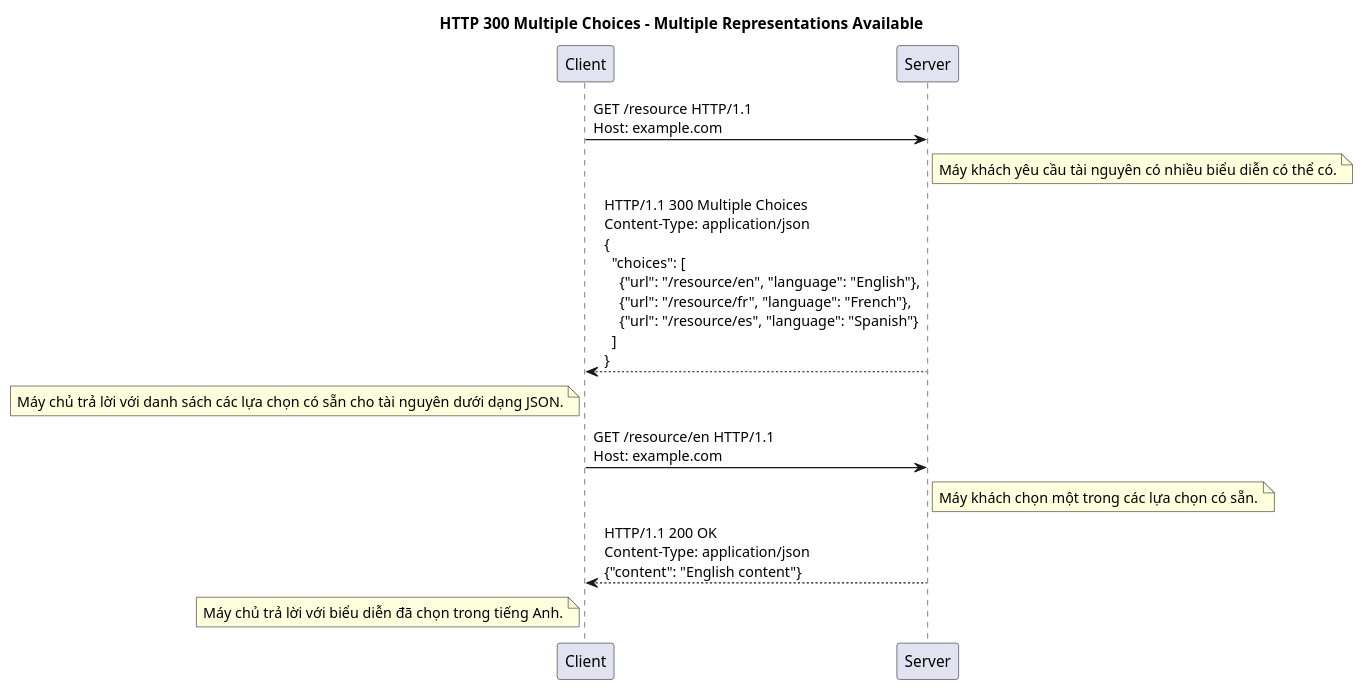
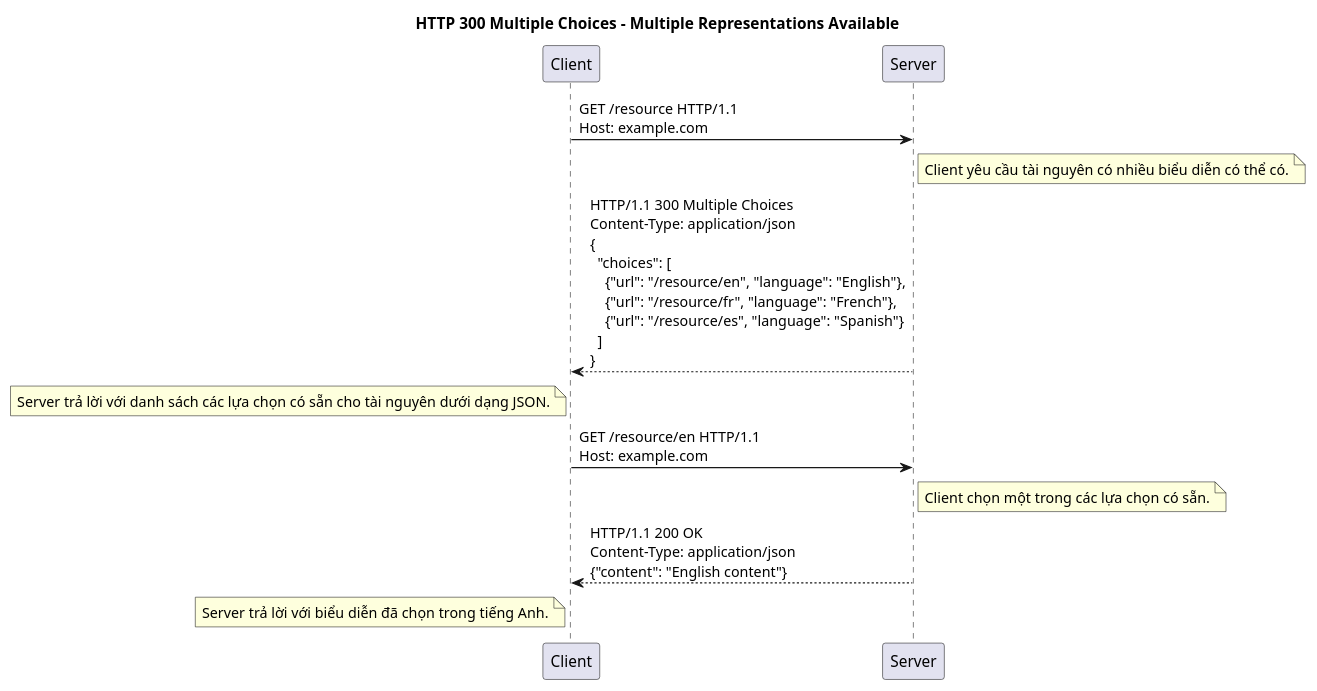
Before and after one commit to thanhlv-com/thanhlv-blog: diagram 11 of 27 in packages/apps/src/blog/2024-12-05-y-nghia-cua-cac-http-status-code.md, drawn with PlantUML. The commit also changed other lines of this file, not shown here.

````diff
--- a/packages/apps/src/blog/2024-12-05-y-nghia-cua-cac-http-status-code.md
+++ b/packages/apps/src/blog/2024-12-05-y-nghia-cua-cac-http-status-code.md
@@ -406,21 +406,21 @@
 ```plantuml
 @startuml
 
 title HTTP 300 Multiple Choices - Multiple Representations Available
 
 participant "Client" as C
 participant "Server" as S
 
 C -> S: GET /resource HTTP/1.1\nHost: example.com
-note right of S: Máy khách yêu cầu tài nguyên có nhiều biểu diễn có thể có.
+note right of S: Client yêu cầu tài nguyên có nhiều biểu diễn có thể có.
 
 S --> C: HTTP/1.1 300 Multiple Choices\nContent-Type: application/json\n{\n  "choices": [\n    {"url": "/resource/en", "language": "English"},\n    {"url": "/resource/fr", "language": "French"},\n    {"url": "/resource/es", "language": "Spanish"}\n  ]\n}
-note left of C: Máy chủ trả lời với danh sách các lựa chọn có sẵn cho tài nguyên dưới dạng JSON.
+note left of C: Server trả lời với danh sách các lựa chọn có sẵn cho tài nguyên dưới dạng JSON.
 
 C -> S: GET /resource/en HTTP/1.1\nHost: example.com
-note right of S: Máy khách chọn một trong các lựa chọn có sẵn.
+note right of S: Client chọn một trong các lựa chọn có sẵn.
 
 S --> C: HTTP/1.1 200 OK\nContent-Type: application/json\n{"content": "English content"}
-note left of C: Máy chủ trả lời với biểu diễn đã chọn trong tiếng Anh.
+note left of C: Server trả lời với biểu diễn đã chọn trong tiếng Anh.
 @enduml
 ```
````
